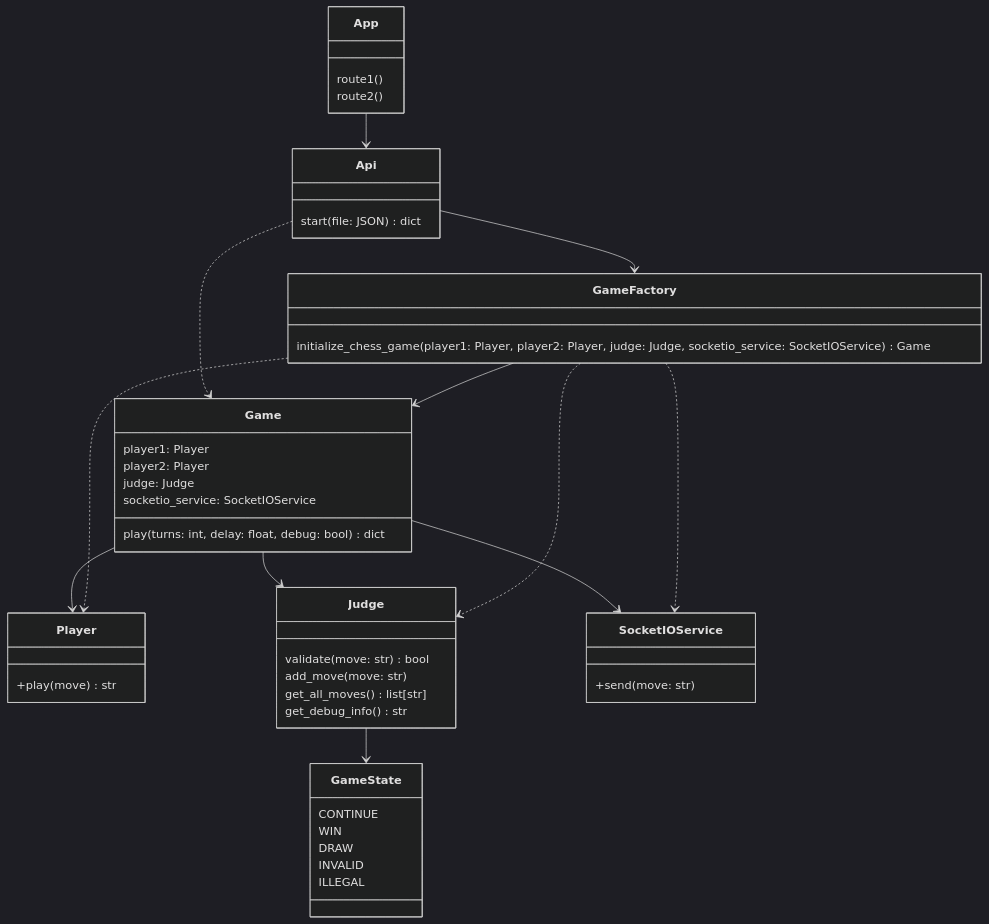
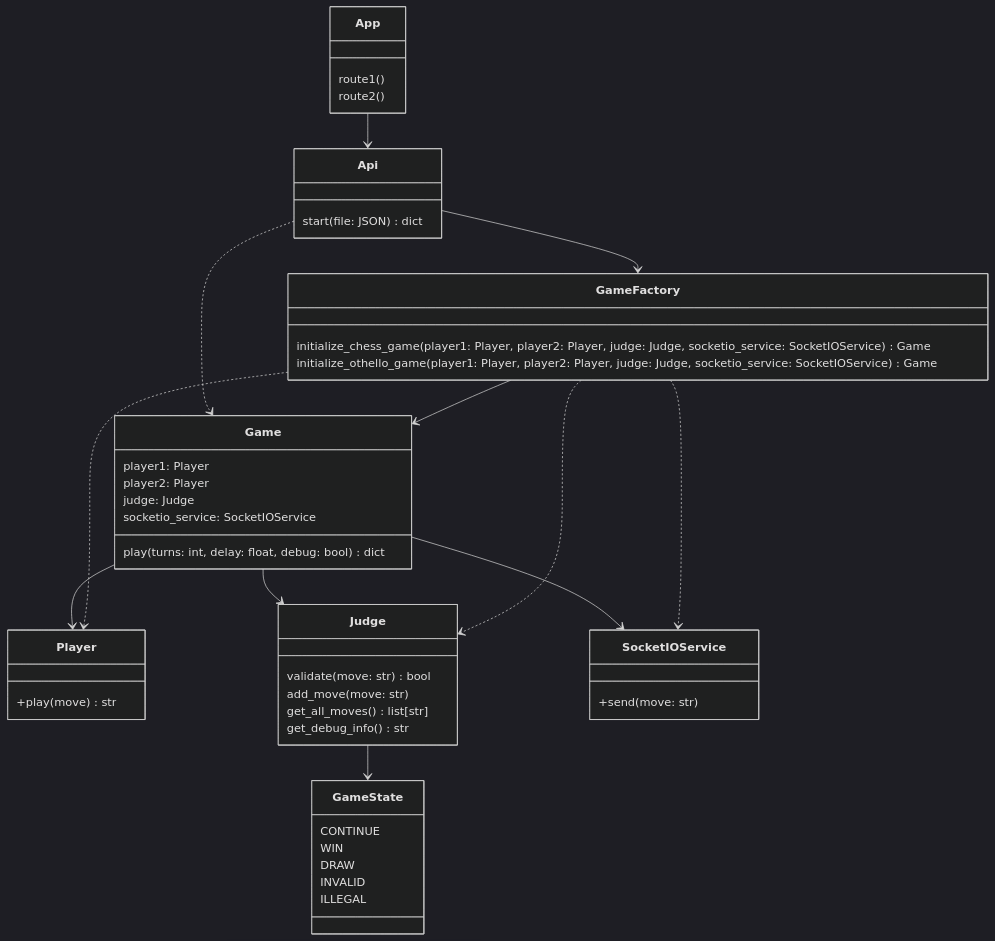
One commit to game-ai-platform-team/tira-ai-platform changed the third of 3 diagrams in docs/architecture.md. Above: the diagram before and after it, drawn with Mermaid (dark theme).

Commit message:
docs: Update GameFactory

````diff
--- a/docs/architecture.md
+++ b/docs/architecture.md
@@ -89,59 +89,60 @@
 ```mermaid
 classDiagram
 
 App --> Api
 Api ..> Game
 Api --> GameFactory
 Game --> Player
 Game --> Judge
 Game --> SocketIOService
 GameFactory --> Game
 GameFactory ..> Judge
 GameFactory ..> Player
 GameFactory ..> SocketIOService
 Judge --> GameState
 
 class GameFactory {
     initialize_chess_game(player1: Player, player2: Player, judge: Judge, socketio_service: SocketIOService) Game
+    initialize_othello_game(player1: Player, player2: Player, judge: Judge, socketio_service: SocketIOService) Game
 }
 
 class Game {
     play(turns: int, delay: float, debug: bool) dict
     player1: Player
     player2: Player
     judge: Judge
     socketio_service: SocketIOService
 }
 
 class SocketIOService {
     +send(move: str)
 }
 
 class Judge {
     validate(move: str) bool
     add_move(move: str)
     get_all_moves() list[str]
     get_debug_info() str
 }
 
 class Player {
     +play(move) str
 }
 
 class GameState {
     CONTINUE
     WIN
     DRAW
     INVALID
     ILLEGAL
 }
 
 class Api {
     start(file: JSON) dict
 }
 
 class App {
     route1()
     route2()
 }
 ```
````
